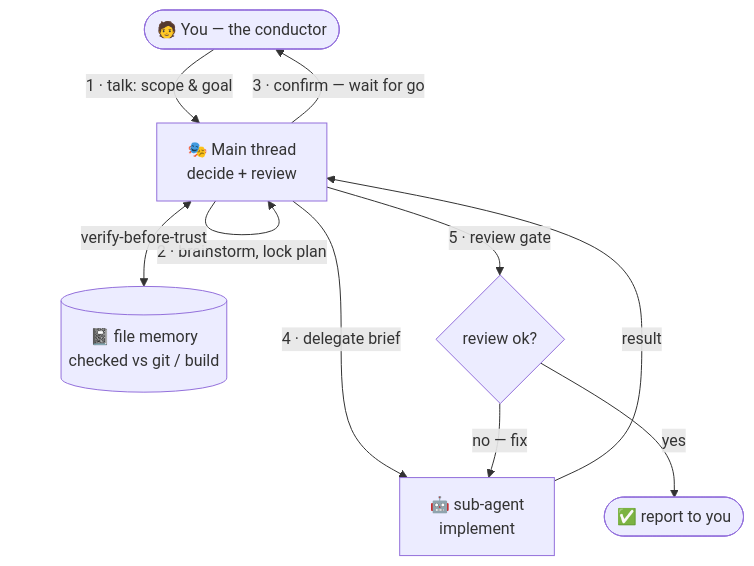
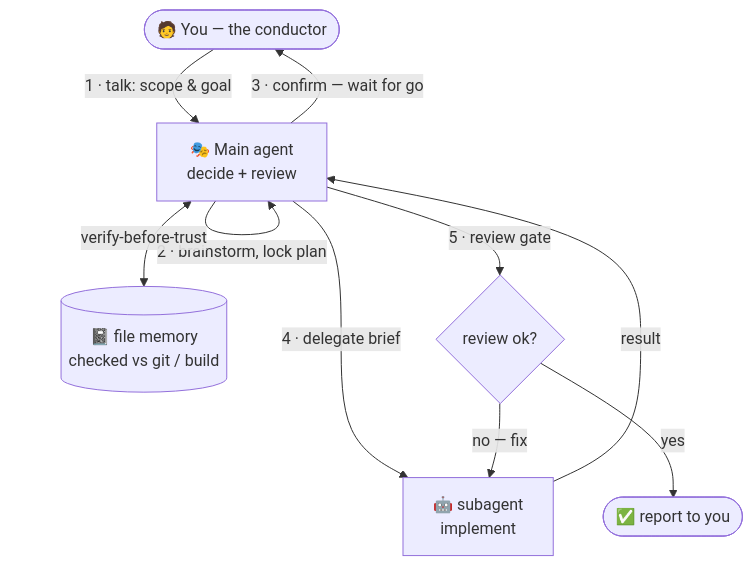
One commit to PahonPK/claude-conductor changed the first of 2 diagrams in README.md. Above: the diagram before and after it, drawn with Mermaid. The commit also changed other lines of this file and 21 other files, not shown here.

````diff
--- a/README.md
+++ b/README.md
@@ -25,13 +25,13 @@
 ```mermaid
 flowchart TD
     U(["🧑 You — the conductor"])
-    U -->|"1 · talk: scope & goal"| MT["🎭 Main thread<br/>decide + review"]
+    U -->|"1 · talk: scope & goal"| MT["🎭 Main agent<br/>decide + review"]
     MT -->|"2 · brainstorm, lock plan"| MT
     MT -->|"3 · confirm — wait for go"| U
-    MT -->|"4 · delegate brief"| AG["🤖 sub-agent<br/>implement"]
+    MT -->|"4 · delegate brief"| AG["🤖 subagent<br/>implement"]
     AG -->|"result"| MT
     MT -->|"5 · review gate"| G{"review ok?"}
     G -->|"no — fix"| AG
     G -->|"yes"| DONE(["✅ report to you"])
     MT <-->|"verify-before-trust"| MEM[("📓 file memory<br/>checked vs git / build")]
 ```
````
